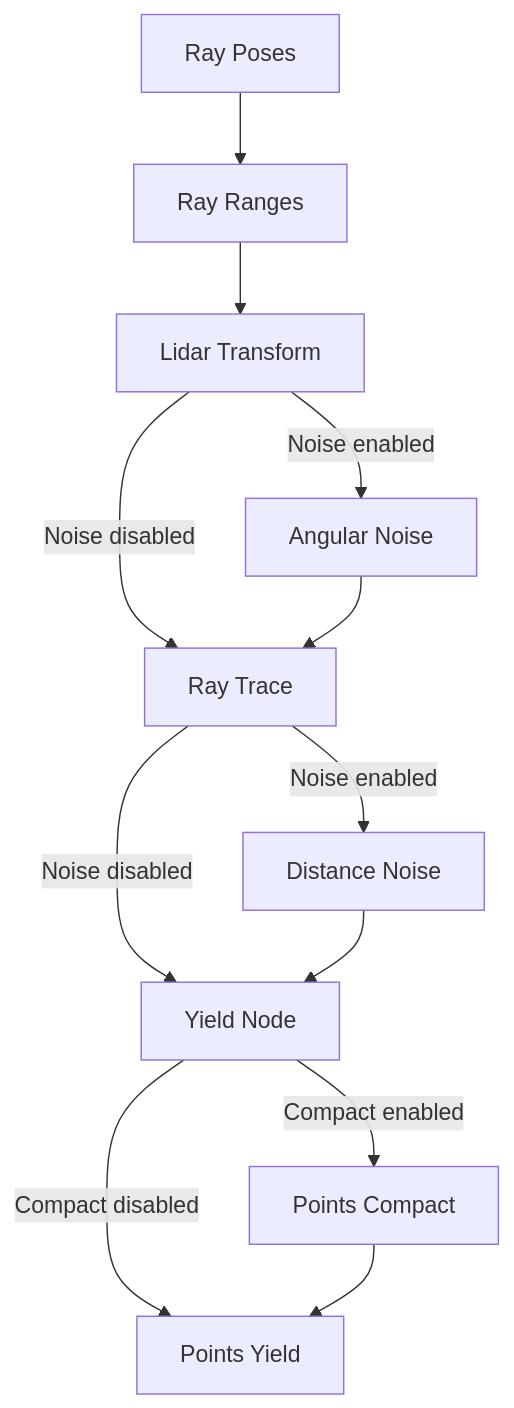
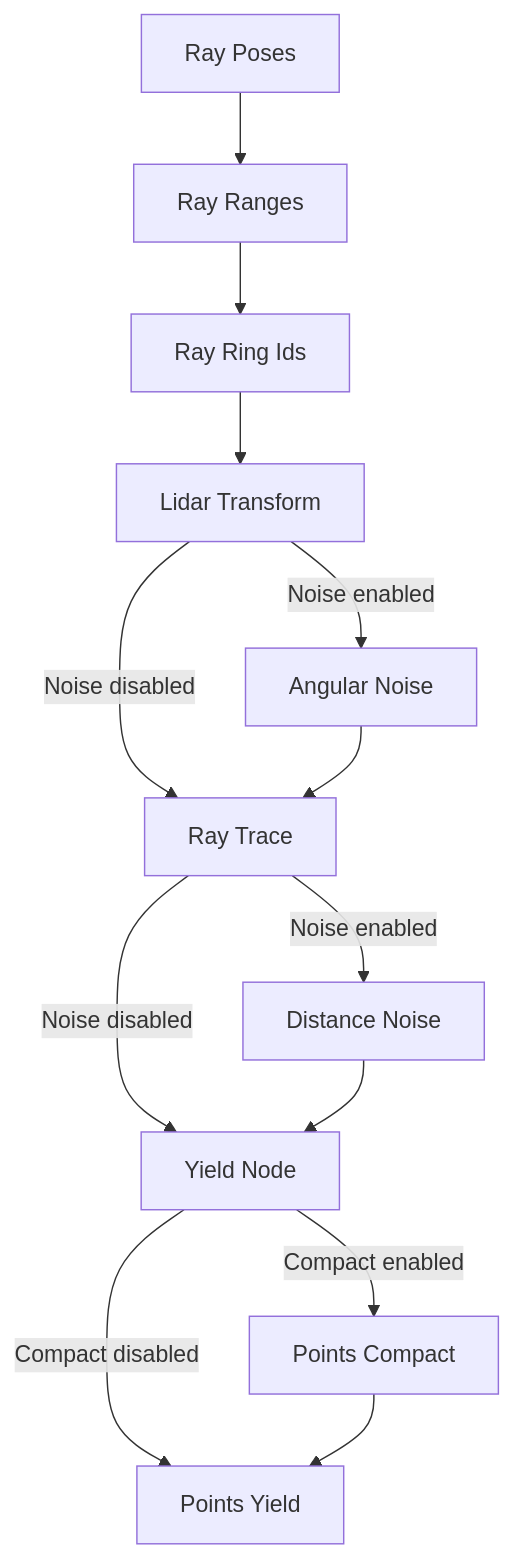
The diagram in static/PipelineGraph.mmd (RobotecAI/o3de-rgl-gem), drawn with Mermaid before and after one commit. The commit also changed 5 other files, not shown here.

```diff
--- a/static/PipelineGraph.mmd
+++ b/static/PipelineGraph.mmd
@@ -1,12 +1,13 @@
 flowchart TD
     RP[Ray Poses] --> RR[Ray Ranges]
-    RR --> LT[Lidar Transform]
+    RR --> RRI[Ray Ring Ids]
+    RRI --> LT[Lidar Transform]
     LT -->|Noise enabled| AN[Angular Noise]
     LT -->|Noise disabled| RT[Ray Trace]
     AN --> RT
     RT -->|Noise enabled| DN[Distance Noise]
     RT -->|Noise disabled| DNY[Yield Node]
     DN --> DNY
     DNY -->|Compact enabled| PC[Points Compact]
     DNY -->|Compact disabled| PCY[Points Yield]
     PC --> PCY
```
